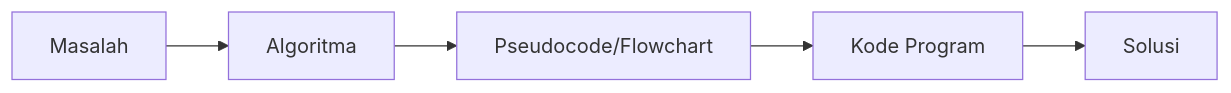
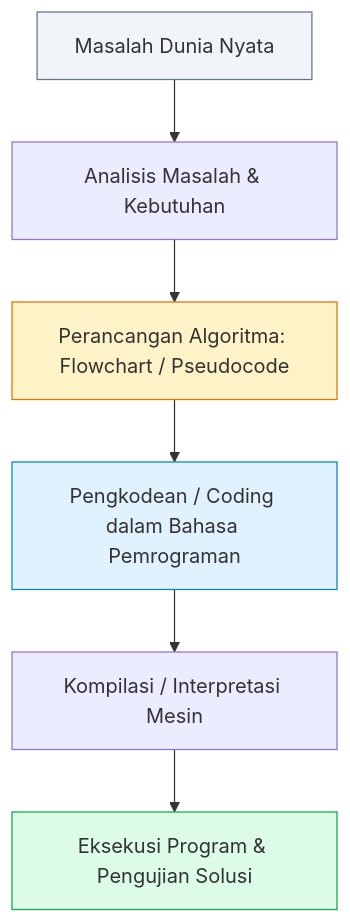
The second of 3 diagrams in docs/algoritma-pemrograman/pengenalan.md (mahendaruui/Perkuliahan), drawn with Mermaid before and after one commit. The commit also changed other lines of this file and 22 other files, not shown here.

Commit message:
feat: align Algoritma & Pemrograman (IFR206) with OBE curriculum, ignore books folder and remove from remote

````diff
--- a/docs/algoritma-pemrograman/pengenalan.md
+++ b/docs/algoritma-pemrograman/pengenalan.md
@@ -47,7 +49,12 @@
 ```mermaid
-graph LR
-    A[Masalah] --> B[Algoritma]
-    B --> C[Pseudocode/Flowchart]
-    C --> D[Kode Program]
-    D --> E[Solusi]
+graph TD
+    A[Masalah Dunia Nyata] --> B[Analisis Masalah & Kebutuhan]
+    B --> C[Perancangan Algoritma: Flowchart / Pseudocode]
+    C --> D[Pengkodean / Coding dalam Bahasa Pemrograman]
+    D --> E[Kompilasi / Interpretasi Mesin]
+    E --> F[Eksekusi Program & Pengujian Solusi]
+    style A fill:#f1f5f9,stroke:#64748b
+    style C fill:#fef3c7,stroke:#d97706
+    style D fill:#e0f2fe,stroke:#0284c7
+    style F fill:#dcfce7,stroke:#16a34a
 ```
````
